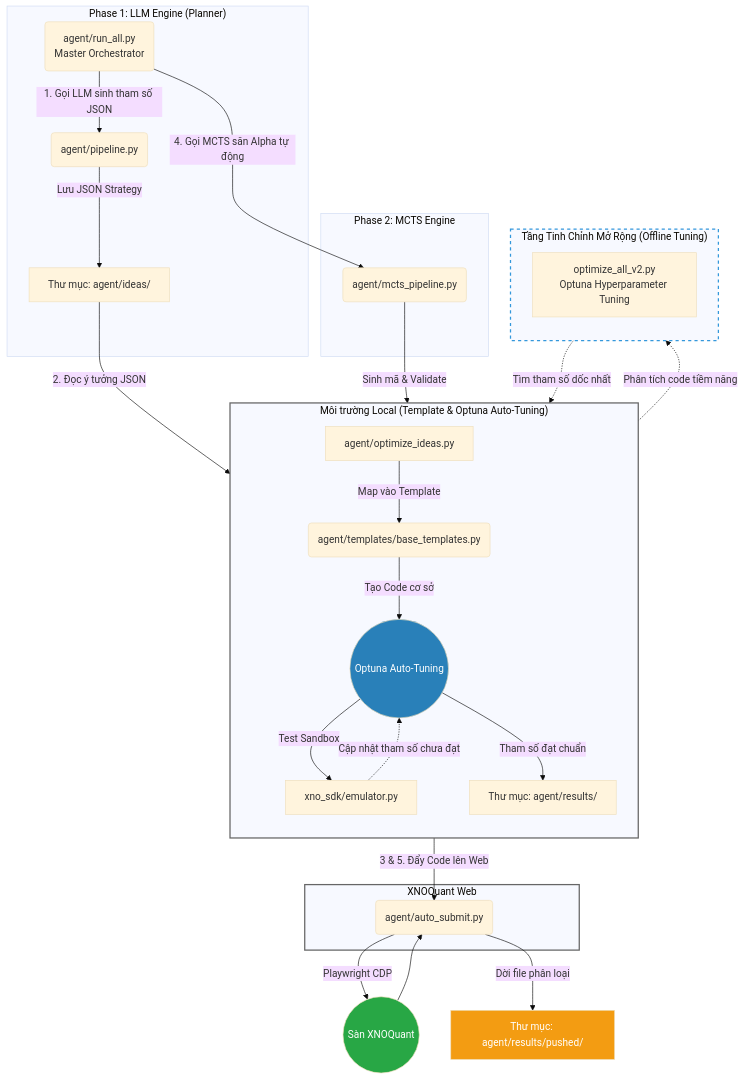
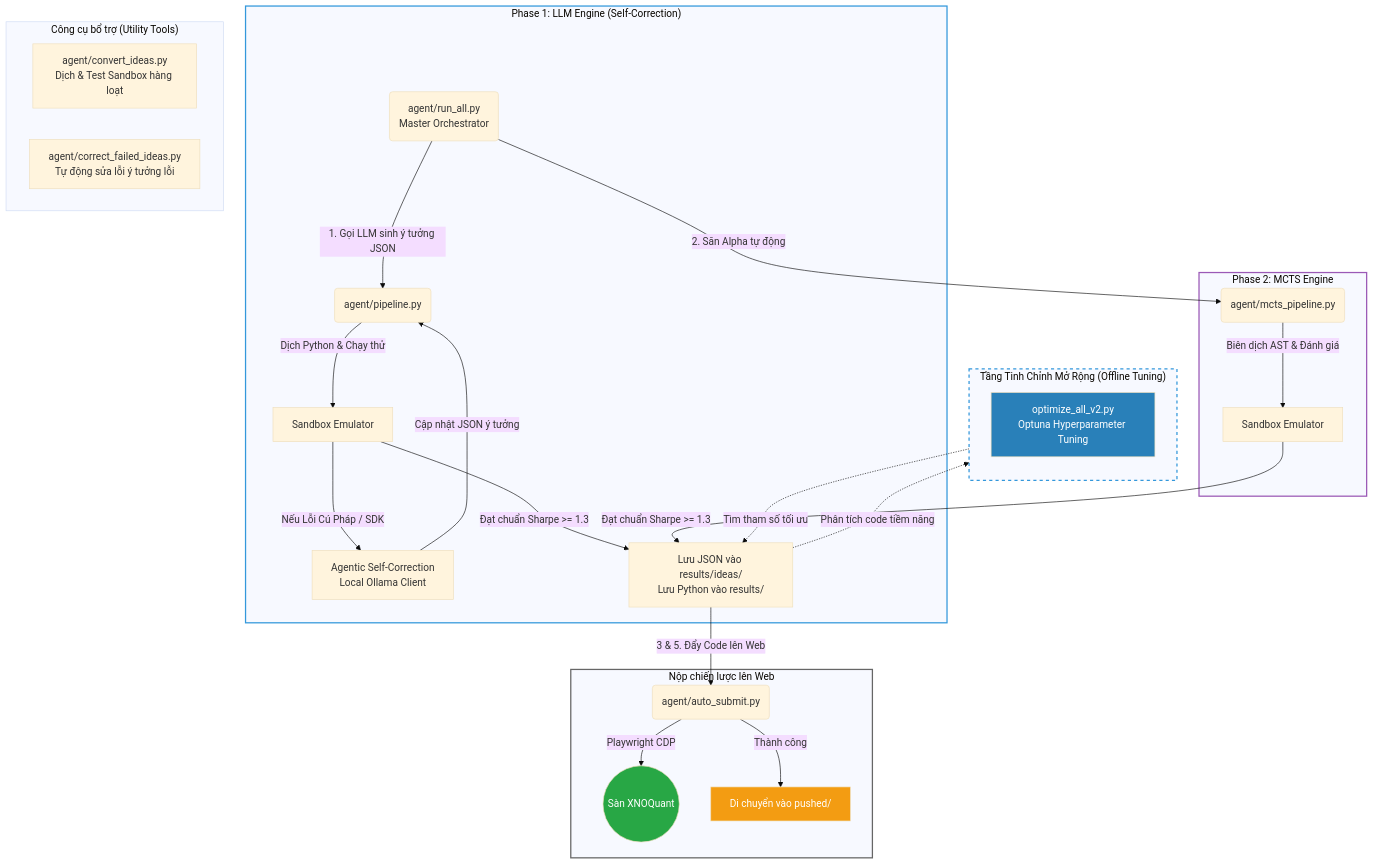
One commit to NguyenTrungAnh-ultra/alpha_farm changed the diagram in README.md. Above: the diagram before and after it, drawn with Mermaid (base theme). The commit also changed other lines of this file and 21 other files, not shown here.

Commit message:
feat: implement master orchestration pipeline with MCTS discovery engine and automated strategy submission

````diff
--- a/README.md
+++ b/README.md
@@ -9,47 +9,44 @@
 ```mermaid
 graph TD
     run_all(agent/run_all.py<br>Master Orchestrator)
     
-    subgraph LLM_Engine ["Phase 1: LLM Engine (Planner)"]
-        run_all -->|1. Gọi LLM sinh tham số JSON| pipeline(agent/pipeline.py)
-        pipeline -->|Lưu JSON Strategy| idea_dir[Thư mục: agent/ideas/]
+    subgraph LLM_Engine ["Phase 1: LLM Engine (Self-Correction)"]
+        run_all -->|1. Gọi LLM sinh ý tưởng JSON| pipeline(agent/pipeline.py)
+        pipeline -->|Dịch Python & Chạy thử| sandbox_val[Sandbox Emulator]
+        sandbox_val -->|Nếu Lỗi Cú Pháp / SDK| self_correct[Agentic Self-Correction<br>Local Ollama Client]
+        self_correct -->|Cập nhật JSON ý tưởng| pipeline
+        sandbox_val -->|Đạt chuẩn Sharpe >= 1.3| save_success[Lưu JSON vào results/ideas/<br>Lưu Python vào results/]
     end
     
     subgraph MCTS_Engine ["Phase 2: MCTS Engine"]
-        run_all -->|4. Gọi MCTS săn Alpha tự động| mcts(agent/mcts_pipeline.py)
+        run_all -->|2. Săn Alpha tự động| mcts(agent/mcts_pipeline.py)
+        mcts -->|Biên dịch AST & Đánh giá| mcts_sandbox[Sandbox Emulator]
+        mcts_sandbox -->|Đạt chuẩn Sharpe >= 1.3| save_success
     end
     
-    subgraph Local_Environment ["Môi trường Local (Template & Optuna Auto-Tuning)"]
+    subgraph Offline_Tuning ["Tầng Tinh Chỉnh Mở Rộng (Offline Tuning)"]
         direction TB
-        idea_dir -->|2. Đọc ý tưởng JSON| optimize_loop[agent/optimize_ideas.py]
-        optimize_loop -->|Map vào Template| template_engine(agent/templates/base_templates.py)
-        template_engine -->|Tạo Code cơ sở| optuna_tune((Optuna Auto-Tuning))
-        optuna_tune -->|Test Sandbox| xno_emu[xno_sdk/emulator.py]
-        xno_emu -.->|Cập nhật tham số chưa đạt| optuna_tune
-        optuna_tune -->|Tham số đạt chuẩn| agent_res[Thư mục: agent/results/]
-        mcts -->|Sinh mã & Validate| agent_res
+        save_success -.->|Phân tích code tiềm năng| optuna_tool[optimize_all_v2.py<br>Optuna Hyperparameter Tuning]
+        optuna_tool -.->|Tìm tham số tối ưu| save_success
     end
 
-    subgraph Offline_Tuning ["Tầng Tinh Chỉnh Mở Rộng (Offline Tuning)"]
-        direction TB
-        agent_res -.->|Phân tích code tiềm năng| optuna_tool[optimize_all_v2.py<br>Optuna Hyperparameter Tuning]
-        optuna_tool -.->|Tìm tham số dốc nhất| agent_res
+    subgraph Web_Environment ["Nộp chiến lược lên Web"]
+        auto_sub(agent/auto_submit.py)
+        save_success -->|3 & 5. Đẩy Code lên Web| auto_sub
+        auto_sub -->|Playwright CDP| xno_web((Sàn XNOQuant))
+        auto_sub -->|Thành công| pushed[Di chuyển vào pushed/]
     end
 
-    subgraph Web_Environment ["XNOQuant Web"]
-        auto_sub(agent/auto_submit.py)
+    subgraph Utilities ["Công cụ bổ trợ (Utility Tools)"]
+        convert_tool[agent/convert_ideas.py<br>Dịch & Test Sandbox hàng loạt]
+        correct_tool[agent/correct_failed_ideas.py<br>Tự động sửa lỗi ý tưởng lỗi]
     end
 
-    agent_res -->|3 & 5. Đẩy Code lên Web| auto_sub
-    auto_sub -->|Playwright CDP| xno_web((Sàn XNOQuant))
-    
-    xno_web --> auto_sub
-    auto_sub -->|Dời file phân loại| pushed[Thư mục: agent/results/pushed/]
-
-    style Local_Environment stroke:#666,stroke-width:2px
+    style LLM_Engine stroke:#3498db,stroke-width:2px
+    style MCTS_Engine stroke:#9b59b6,stroke-width:2px
     style Web_Environment stroke:#666,stroke-width:2px
     style Offline_Tuning stroke:#3498db,stroke-width:2px,stroke-dasharray: 5 5
     style xno_web fill:#28a745,color:#fff
     style pushed fill:#f39c12,color:#fff
-    style optuna_tune fill:#2980b9,color:#fff
+    style optuna_tool fill:#2980b9,color:#fff
 ```
````
